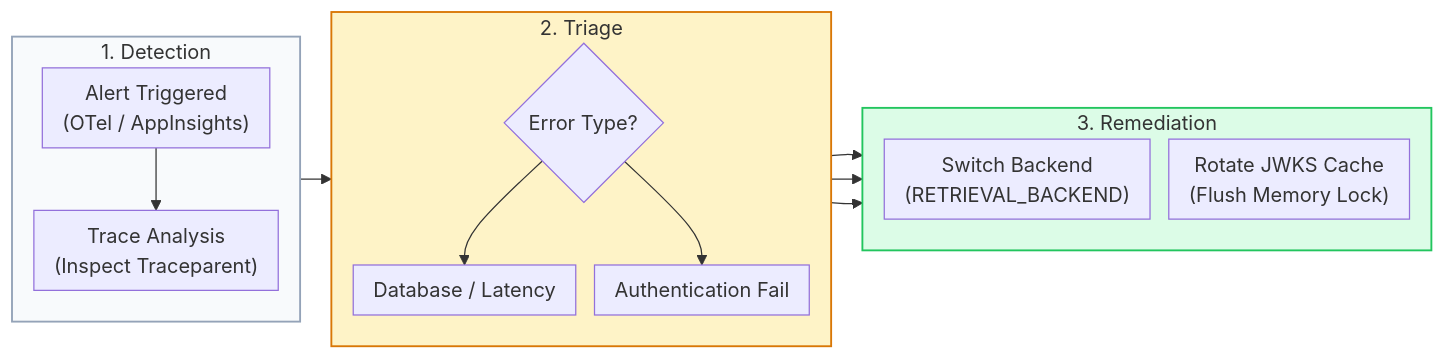
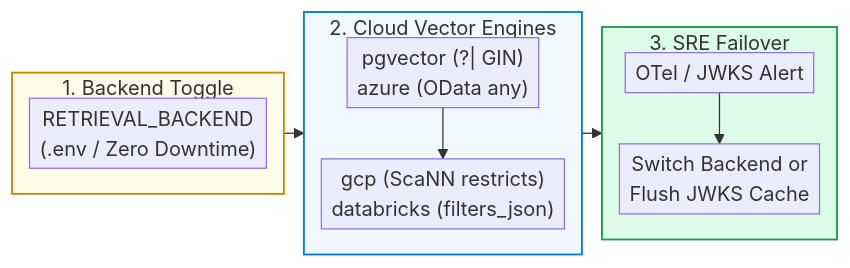
Before and after one commit to Kenono2000/enterprise-rag-pgvector-rbac: the seventh of 7 diagrams in README.md, drawn with Mermaid. The commit also changed other lines of this file, not shown here.

````diff
--- a/README.md
+++ b/README.md
@@ -375,22 +185,20 @@
 ```mermaid
-%%{init: {'flowchart': {'nodeSpacing': 15, 'rankSpacing': 25, 'padding': 8}}}%%
+%%{init: {'flowchart': {'nodeSpacing': 8, 'rankSpacing': 16, 'padding': 4}}}%%
 flowchart LR
-    subgraph Detection ["1. Detection"]
+    subgraph Router ["1. Backend Toggle"]
         direction TB
-        Alert["Alert Triggered<br/>(OTel / AppInsights)"] --> Trace["Trace Analysis<br/>(Inspect Traceparent)"]
+        Toggle["RETRIEVAL_BACKEND<br/>(.env / Zero Downtime)"]
     end
-    subgraph Triage ["2. Triage"]
+    subgraph Engines ["2. Cloud Vector Engines"]
         direction TB
-        ErrorClass{"Error Type?"} --> DBErr["Database / Latency"]
-        ErrorClass --> AuthErr["Authentication Fail"]
+        LocalAndAz["pgvector (?| GIN)<br/>azure (OData any)"] --> GcpAndDbx["gcp (ScaNN restricts)<br/>databricks (filters_json)"]
     end
-    subgraph Remediation ["3. Remediation"]
+    subgraph Runbook ["3. SRE Failover"]
         direction TB
-        DBErr --> Action1["Switch Backend<br/>(RETRIEVAL_BACKEND)"]
-        AuthErr --> Action2["Rotate JWKS Cache<br/>(Flush Memory Lock)"]
+        Alert["OTel / JWKS Alert"] --> Action["Switch Backend or<br/>Flush JWKS Cache"]
     end
-    Detection --> Triage --> Remediation
-    style Detection fill:#f8fafc,stroke:#94a3b8,stroke-width:1.5px
-    style Triage fill:#fef3c7,stroke:#d97706,stroke-width:1.5px
-    style Remediation fill:#dcfce7,stroke:#22c55e,stroke-width:1.5px
+    Router --> Engines --> Runbook
+    style Router fill:#fefce8,stroke:#ca8a04,stroke-width:1.5px
+    style Engines fill:#f0f9ff,stroke:#0284c7,stroke-width:1.5px
+    style Runbook fill:#dcfce7,stroke:#16a34a,stroke-width:1.5px
 ```
````
